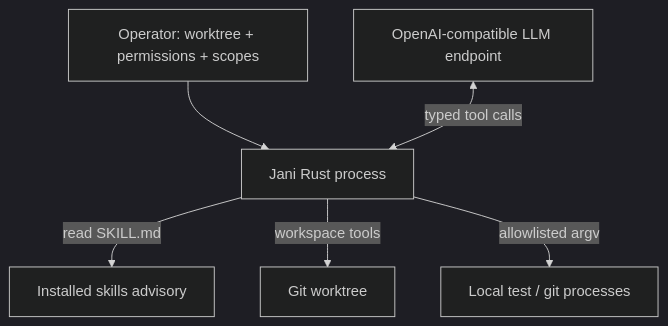
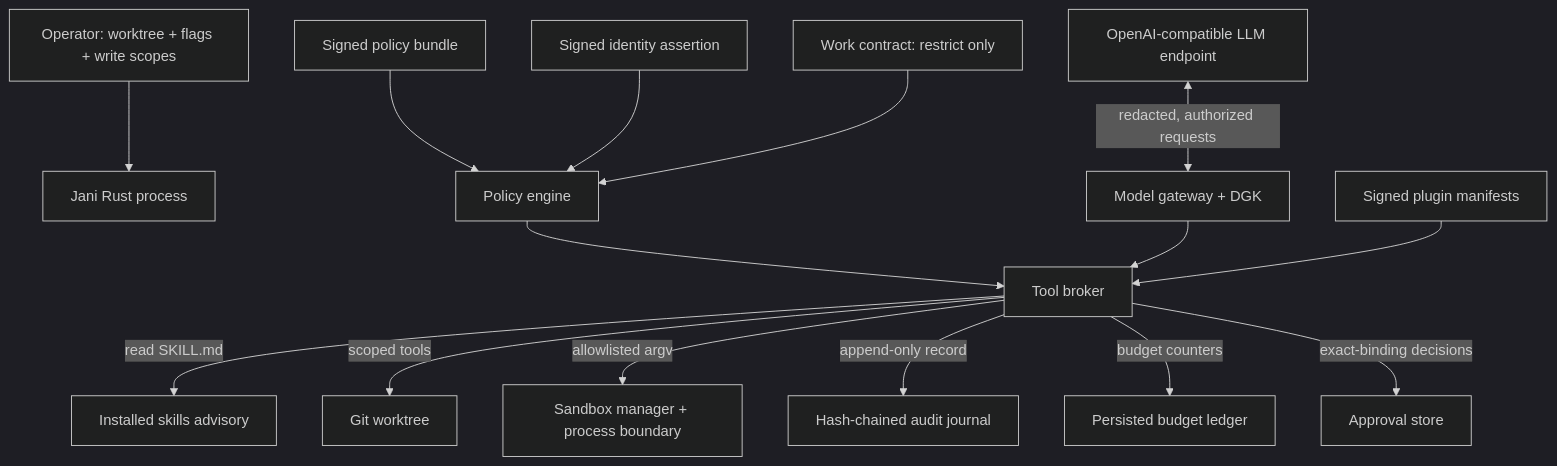
One commit to ifinsta/jani changed the diagram in docs/ARCHITECTURE.md. Above: the diagram before and after it, drawn with Mermaid (dark theme). The commit also changed other lines of this file and 38 other files, not shown here.

````diff
--- a/docs/ARCHITECTURE.md
+++ b/docs/ARCHITECTURE.md
@@ -3,8 +3,17 @@
 ```mermaid
 flowchart TB
-  Operator[Operator: worktree + permissions + scopes] --> Jani[Jani Rust process]
-  Provider[OpenAI-compatible LLM endpoint] <-->|typed tool calls| Jani
-  Jani -->|read SKILL.md| Skills[Installed skills advisory]
-  Jani -->|workspace tools| Worktree[Git worktree]
-  Jani -->|allowlisted argv| Local[Local test / git processes]
+  Operator[Operator: worktree + flags + write scopes] --> Jani[Jani Rust process]
+  Policy[Signed policy bundle] --> PDP[Policy engine]
+  Identity[Signed identity assertion] --> PDP
+  Contract[Work contract: restrict only] --> PDP
+  Provider[OpenAI-compatible LLM endpoint] <-->|redacted, authorized requests| Gateway[Model gateway + DGK]
+  PDP --> Broker[Tool broker]
+  Gateway --> Broker
+  Broker -->|read SKILL.md| Skills[Installed skills advisory]
+  Broker -->|scoped tools| Worktree[Git worktree]
+  Broker -->|allowlisted argv| Sandbox[Sandbox manager + process boundary]
+  Broker -->|append-only record| Journal[Hash-chained audit journal]
+  Broker -->|budget counters| Budget[Persisted budget ledger]
+  Broker -->|exact-binding decisions| Approvals[Approval store]
+  Plugins[Signed plugin manifests] --> Broker
 ```
````
